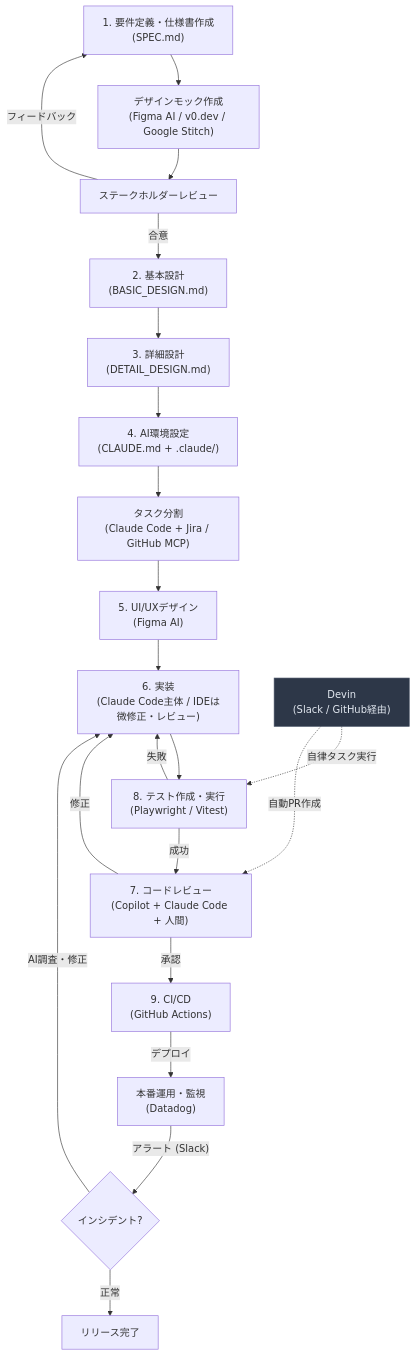
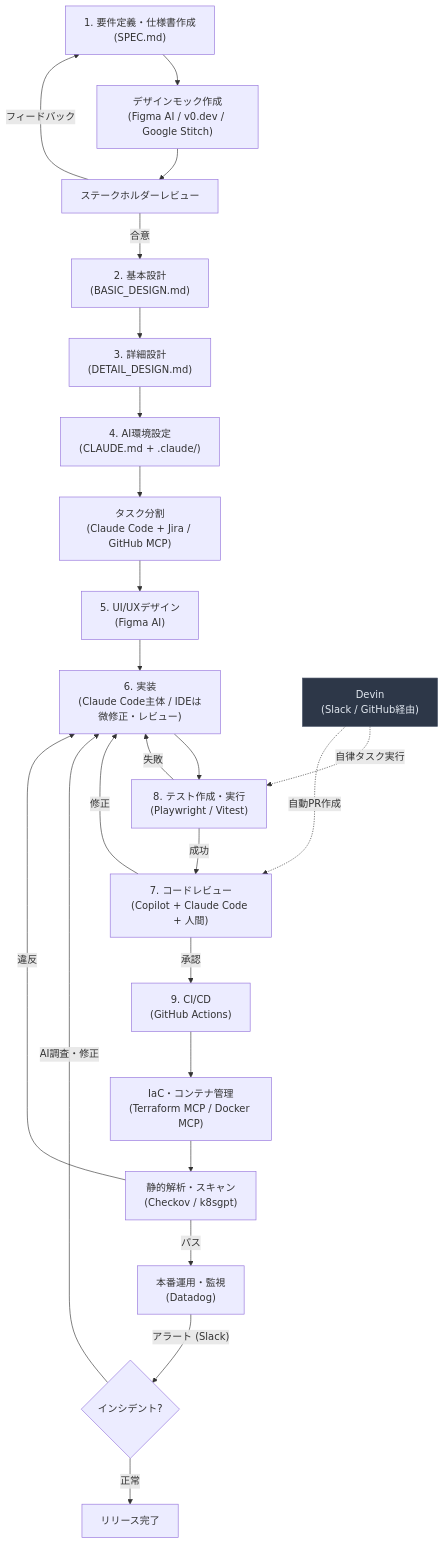
One commit to takuma39/ai changed diagram 11 of 41 in AI駆動開発.md. Above: the diagram before and after it, drawn with Mermaid. The commit also changed other lines of this file, not shown here.

````diff
--- a/AI駆動開発.md
+++ b/AI駆動開発.md
@@ -332,25 +332,28 @@
 ```mermaid
 flowchart TD
     A["1. 要件定義・仕様書作成<br/>(SPEC.md)"] --> M["デザインモック作成<br/>(Figma AI / v0.dev / Google Stitch)"]
     M --> R["ステークホルダーレビュー"]
     R -->|"フィードバック"| A
     R -->|"合意"| B["2. 基本設計<br/>(BASIC_DESIGN.md)"]
     B --> B2["3. 詳細設計<br/>(DETAIL_DESIGN.md)"]
     B2 --> B3["4. AI環境設定<br/>(CLAUDE.md + .claude/)"]
     B3 --> TS["タスク分割<br/>(Claude Code + Jira / GitHub MCP)"]
     TS --> C["5. UI/UXデザイン<br/>(Figma AI)"]
     C --> D["6. 実装<br/>(Claude Code主体 / IDEは微修正・レビュー)"]
     D --> T["8. テスト作成・実行<br/>(Playwright / Vitest)"]
     T -->|"失敗"| D
     T -->|"成功"| E["7. コードレビュー<br/>(Copilot + Claude Code + 人間)"]
     E -->|修正| D
     E -->|承認| F["9. CI/CD<br/>(GitHub Actions)"]
-    F -->|デプロイ| G["本番運用・監視<br/>(Datadog)"]
+    F --> IaC["IaC・コンテナ管理<br/>(Terraform MCP / Docker MCP)"]
+    IaC --> Scan["静的解析・スキャン<br/>(Checkov / k8sgpt)"]
+    Scan -->|"パス"| G["本番運用・監視<br/>(Datadog)"]
+    Scan -->|"違反"| D
     G -->|"アラート (Slack)"| H{"インシデント?"}
     H -->|"AI調査・修正"| D
     H -->|"正常"| I["リリース完了"]
 
     D2["Devin<br/>(Slack / GitHub経由)"] -.->|"自律タスク実行"| T
     D2 -.->|"自動PR作成"| E
     style D2 fill:#2d3748,stroke:#4a5568,color:#e2e8f0
 ```
````
